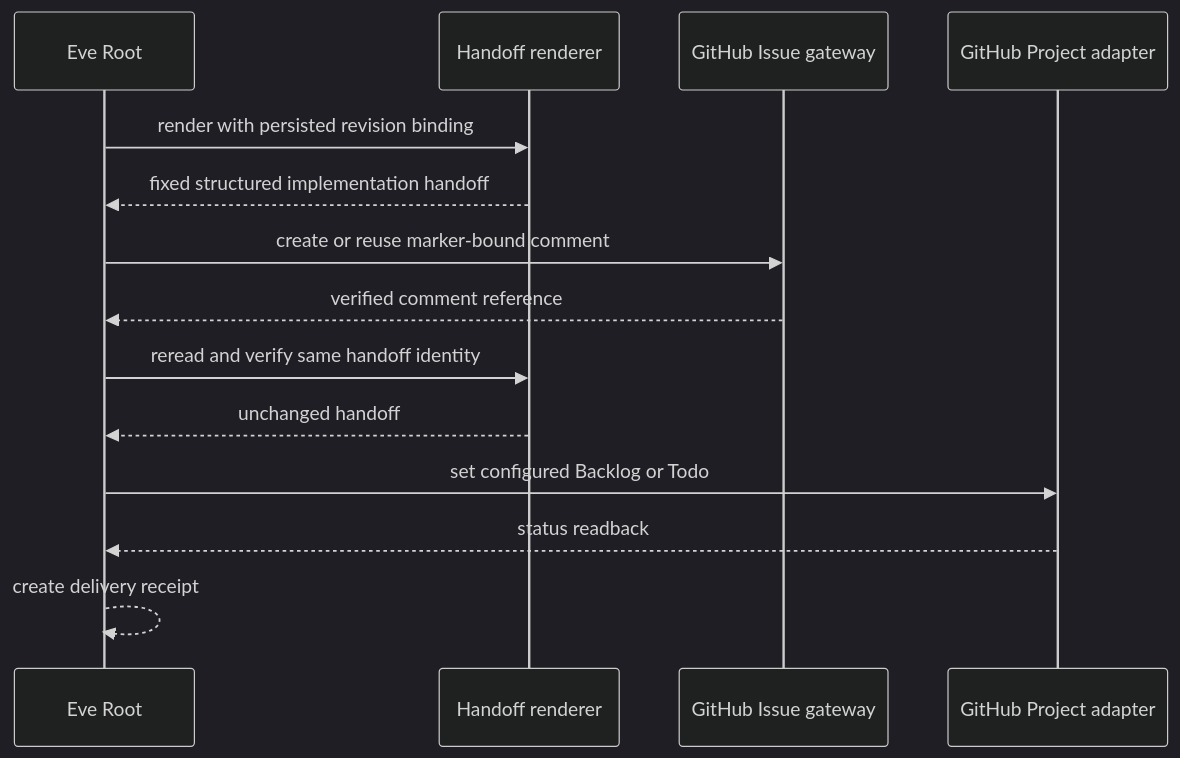
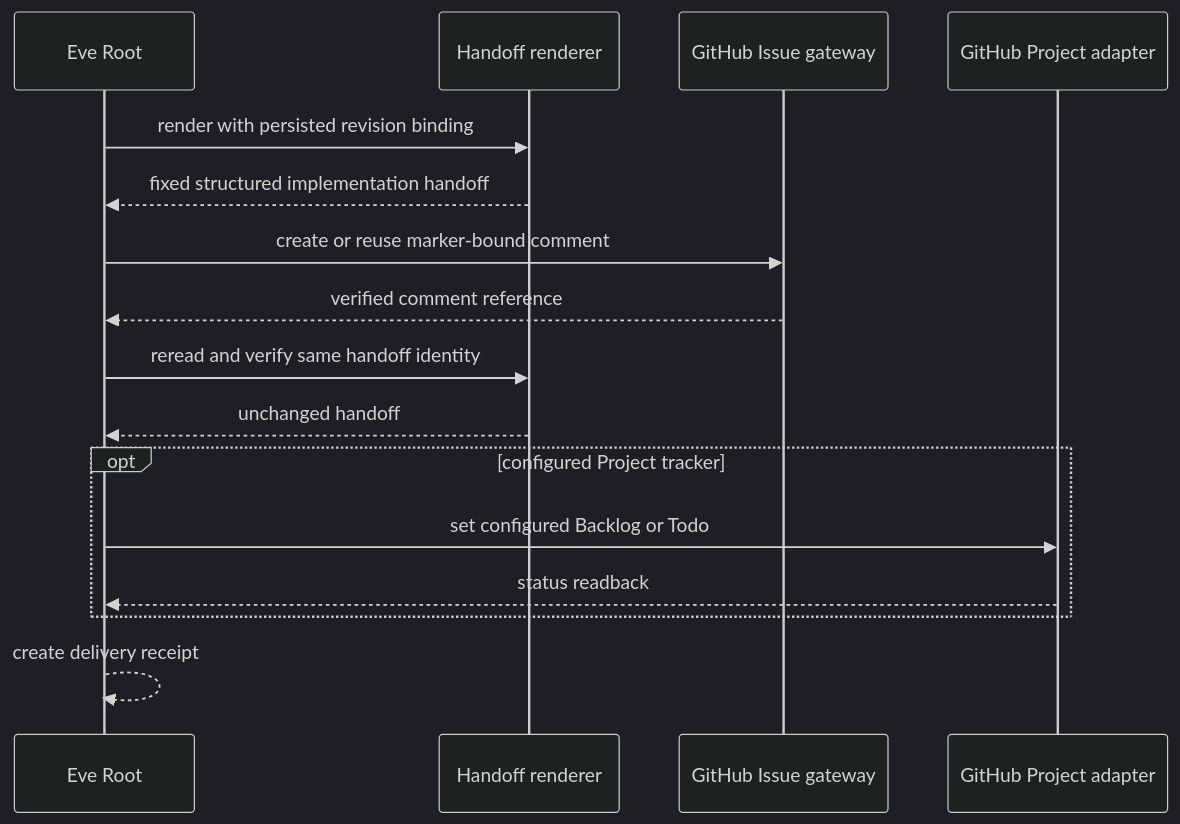
One commit to Alive24/FailureReport changed the second of 3 diagrams in openwiki/integrations/boundaries.md. Above: the diagram before and after it, drawn with Mermaid (dark theme). The commit also changed other lines of this file and 15 other files, not shown here.

````diff
--- a/openwiki/integrations/boundaries.md
+++ b/openwiki/integrations/boundaries.md
@@ -63,17 +63,19 @@
 ```mermaid
 sequenceDiagram
   participant Root as Eve Root
   participant Renderer as Handoff renderer
   participant Issue as GitHub Issue gateway
   participant Project as GitHub Project adapter
 
   Root->>Renderer: render with persisted revision binding
   Renderer-->>Root: fixed structured implementation handoff
   Root->>Issue: create or reuse marker-bound comment
   Issue-->>Root: verified comment reference
   Root->>Renderer: reread and verify same handoff identity
   Renderer-->>Root: unchanged handoff
-  Root->>Project: set configured Backlog or Todo
-  Project-->>Root: status readback
+  opt configured Project tracker
+    Root->>Project: set configured Backlog or Todo
+    Project-->>Root: status readback
+  end
   Root-->>Root: create delivery receipt
 ```
````
